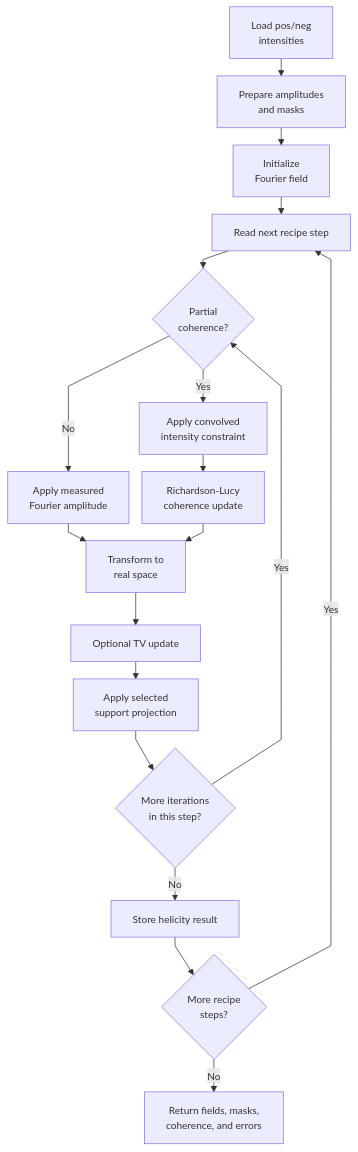
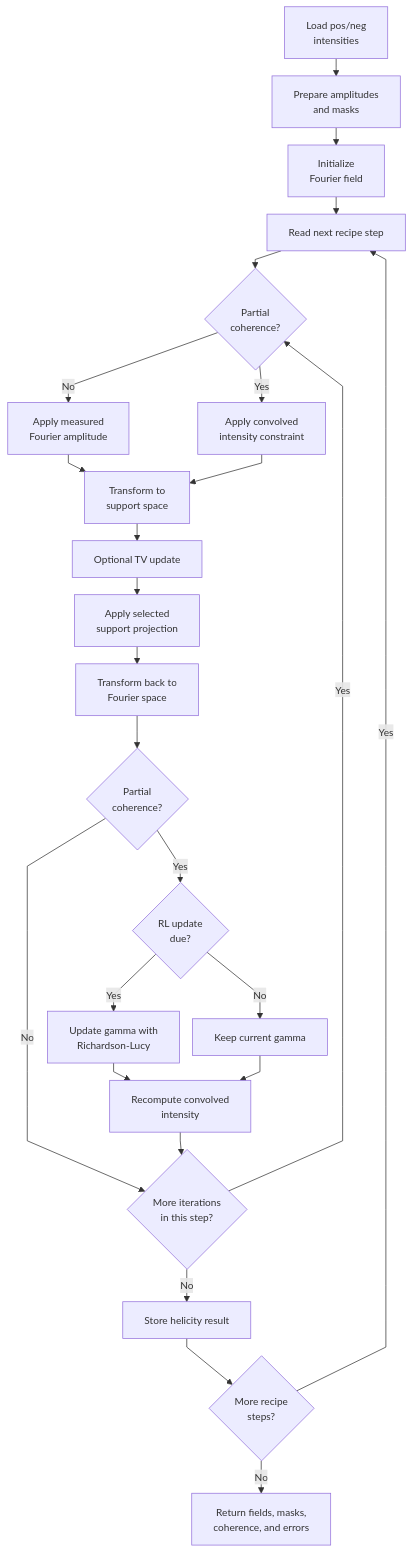
One commit to riccbatt/FTH-Phase-Retrieval-2609-SOLEIL-SEXTANTS changed the first of 6 diagrams in docs/phase_retrieval_libraries.md. Above: the diagram before and after it, drawn with Mermaid. The commit also changed other lines of this file, not shown here.

````diff
--- a/docs/phase_retrieval_libraries.md
+++ b/docs/phase_retrieval_libraries.md
@@ -105,21 +105,28 @@
 ```mermaid
 %%{init: {"flowchart": {"nodeSpacing": 18, "rankSpacing": 24, "curve": "linear"}, "themeVariables": {"fontSize": "14px"}}}%%
 flowchart TD
     A[Load pos/neg<br/>intensities] --> B[Prepare amplitudes<br/>and masks]
     B --> C[Initialize<br/>Fourier field]
     C --> D[Read next recipe step]
     D --> E{Partial<br/>coherence?}
     E -- No --> F[Apply measured<br/>Fourier amplitude]
     E -- Yes --> G[Apply convolved<br/>intensity constraint]
-    G --> H[Richardson-Lucy<br/>coherence update]
-    F --> I[Transform to<br/>real space]
-    H --> I
-    I --> J[Optional TV update]
-    J --> K[Apply selected<br/>support projection]
-    K --> L{More iterations<br/>in this step?}
-    L -- Yes --> E
-    L -- No --> M[Store helicity result]
-    M --> N{More recipe<br/>steps?}
-    N -- Yes --> D
-    N -- No --> O[Return fields, masks,<br/>coherence, and errors]
+    F --> H[Transform to<br/>support space]
+    G --> H
+    H --> I[Optional TV update]
+    I --> J[Apply selected<br/>support projection]
+    J --> K[Transform back to<br/>Fourier space]
+    K --> L{Partial<br/>coherence?}
+    L -- No --> Q{More iterations<br/>in this step?}
+    L -- Yes --> M{RL update<br/>due?}
+    M -- Yes --> N[Update gamma with<br/>Richardson-Lucy]
+    M -- No --> O[Keep current gamma]
+    N --> P[Recompute convolved<br/>intensity]
+    O --> P
+    P --> Q
+    Q -- Yes --> E
+    Q -- No --> R[Store helicity result]
+    R --> S{More recipe<br/>steps?}
+    S -- Yes --> D
+    S -- No --> T[Return fields, masks,<br/>coherence, and errors]
 ```
````
